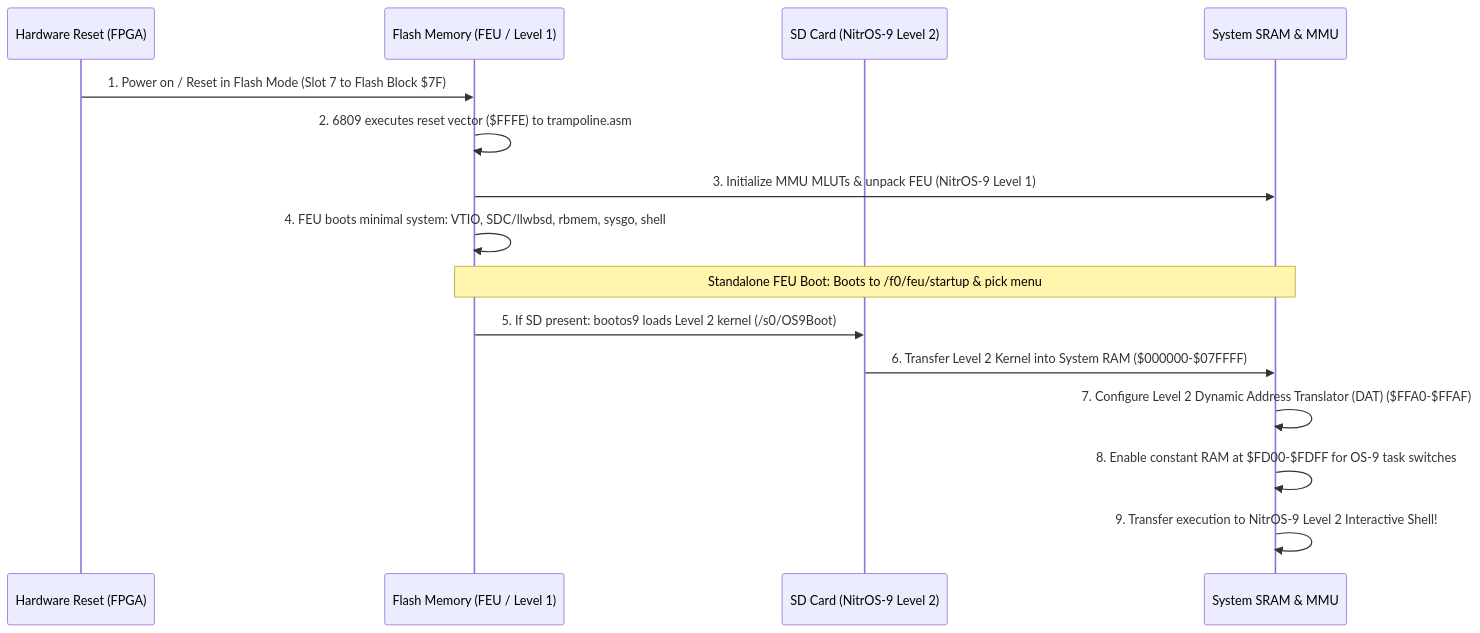
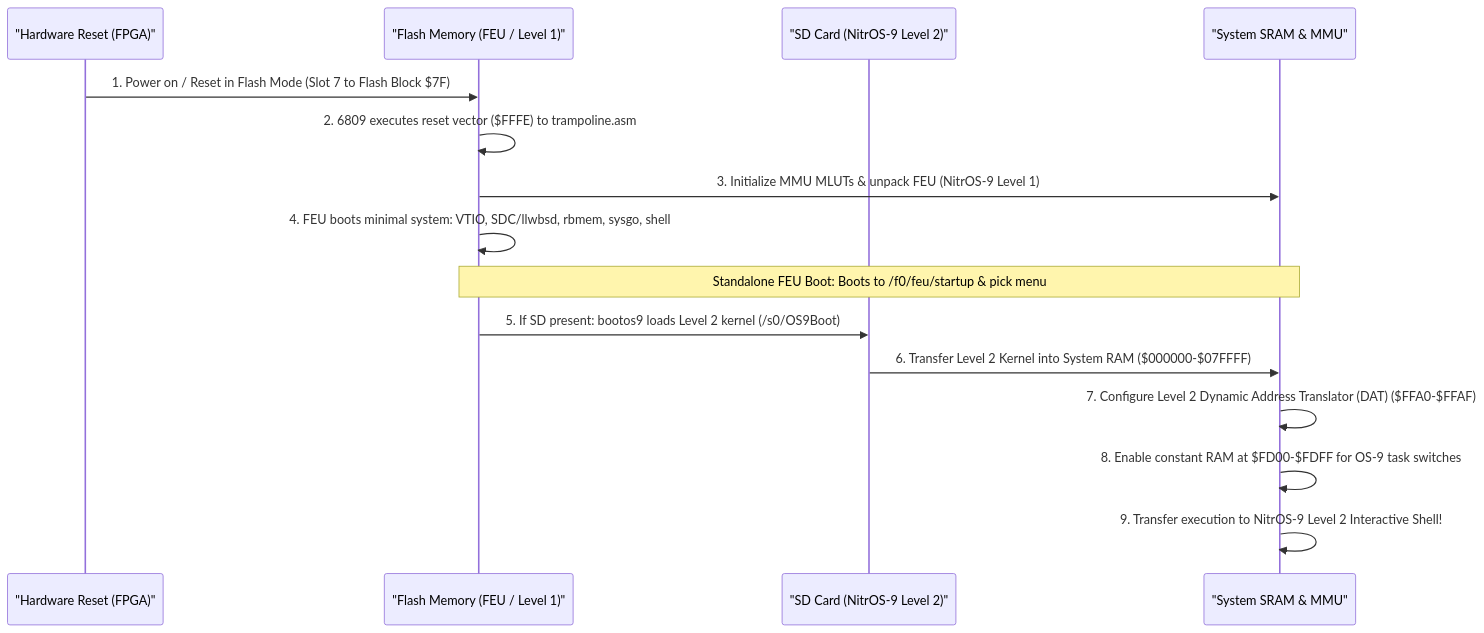
One commit to rlucente-retro/mame changed the first of 4 diagrams in WILDBITS_JR2_ARCHITECTURE.md. Above: the diagram before and after it, drawn with Mermaid. The commit also changed other lines of this file, not shown here.

Commit message:
docs: Format mermaid sequence diagram participants with quotes for strict compliance

````diff
--- a/WILDBITS_JR2_ARCHITECTURE.md
+++ b/WILDBITS_JR2_ARCHITECTURE.md
@@ -248,18 +248,18 @@
 ```mermaid
 sequenceDiagram
-    participant FPGA as Hardware Reset (FPGA)
-    participant Flash as Flash Memory (FEU / Level 1)
-    participant SD as SD Card (NitrOS-9 Level 2)
-    participant RAM as System SRAM & MMU
+    participant FPGA as "Hardware Reset (FPGA)"
+    participant Flash as "Flash Memory (FEU / Level 1)"
+    participant SD as "SD Card (NitrOS-9 Level 2)"
+    participant RAM as "System SRAM & MMU"
 
     FPGA->>Flash: 1. Power on / Reset in Flash Mode (Slot 7 to Flash Block $7F)
     Flash->>Flash: 2. 6809 executes reset vector ($FFFE) to trampoline.asm
     Flash->>RAM: 3. Initialize MMU MLUTs & unpack FEU (NitrOS-9 Level 1)
     Flash->>Flash: 4. FEU boots minimal system: VTIO, SDC/llwbsd, rbmem, sysgo, shell
     Note over Flash,RAM: Standalone FEU Boot: Boots to /f0/feu/startup & pick menu
     Flash->>SD: 5. If SD present: bootos9 loads Level 2 kernel (/s0/OS9Boot)
     SD->>RAM: 6. Transfer Level 2 Kernel into System RAM ($000000-$07FFFF)
     RAM->>RAM: 7. Configure Level 2 Dynamic Address Translator (DAT) ($FFA0-$FFAF)
     RAM->>RAM: 8. Enable constant RAM at $FD00-$FDFF for OS-9 task switches
     RAM->>RAM: 9. Transfer execution to NitrOS-9 Level 2 Interactive Shell!
 ```
````
